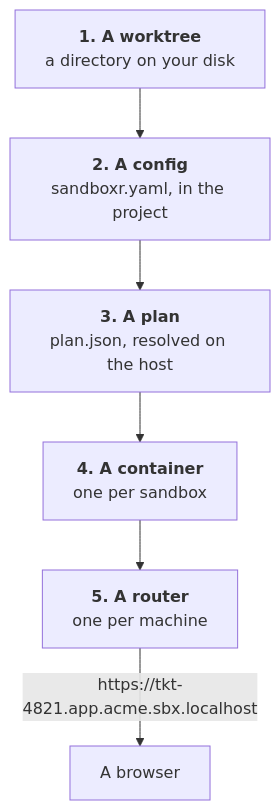
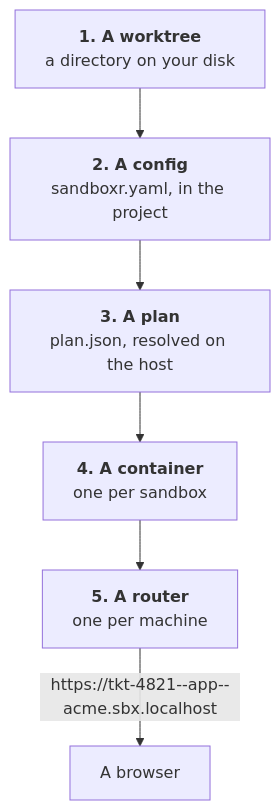
The diagram in docs/how-it-works.md (mattmoran56/sandboxer-core), drawn with Mermaid before and after one commit. The commit also changed other lines of this file and 43 other files, not shown here.

````diff
--- a/docs/how-it-works.md
+++ b/docs/how-it-works.md
@@ -9,10 +9,10 @@
 ```mermaid
 flowchart TB
   a["<b>1. A worktree</b><br/>a directory on your disk"]
   b["<b>2. A config</b><br/>sandboxr.yaml, in the project"]
   c["<b>3. A plan</b><br/>plan.json, resolved on the host"]
   d["<b>4. A container</b><br/>one per sandbox"]
   e["<b>5. A router</b><br/>one per machine"]
   a --> b --> c --> d --> e
-  e -->|"https://tkt-4821.app.acme.sbx.localhost"| f["A browser"]
+  e -->|"https://tkt-4821--app--acme.sbx.localhost"| f["A browser"]
 ```
````
